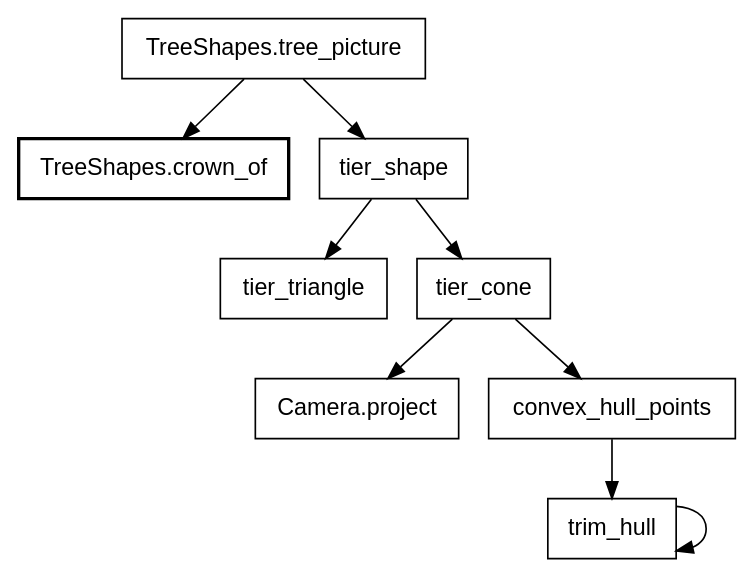
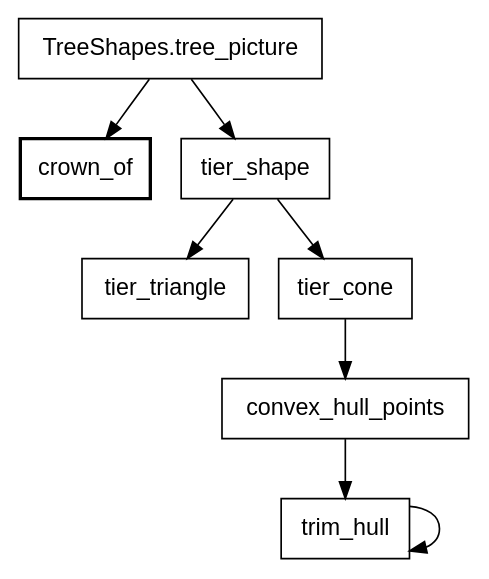
Before and after one commit to showell/roc-apps: the seventh of 34 diagrams in canvas_apps/safari/tutorial/tutorial.md, drawn with Graphviz. The commit also changed other lines of this file, not shown here.

Commit message:
book: the tree and cone diagrams fit a phone, under the book's run cap

````diff
--- a/canvas_apps/safari/tutorial/tutorial.md
+++ b/canvas_apps/safari/tutorial/tutorial.md
@@ -472,14 +469,13 @@
 ```dot
 digraph cone {
   node [shape=box, fontname="Helvetica"];
-  "TreeShapes.tree_picture" -> "TreeShapes.crown_of";
+  "TreeShapes.tree_picture" -> "crown_of";
   "TreeShapes.tree_picture" -> "tier_shape";
   "tier_shape" -> "tier_triangle";
   "tier_shape" -> "tier_cone";
-  "tier_cone" -> "Camera.project";
   "tier_cone" -> "convex_hull_points";
   "convex_hull_points" -> "trim_hull";
   "trim_hull" -> "trim_hull";
-  "TreeShapes.crown_of" [style=bold];
+  "crown_of" [style=bold];
 }
 ```
````
